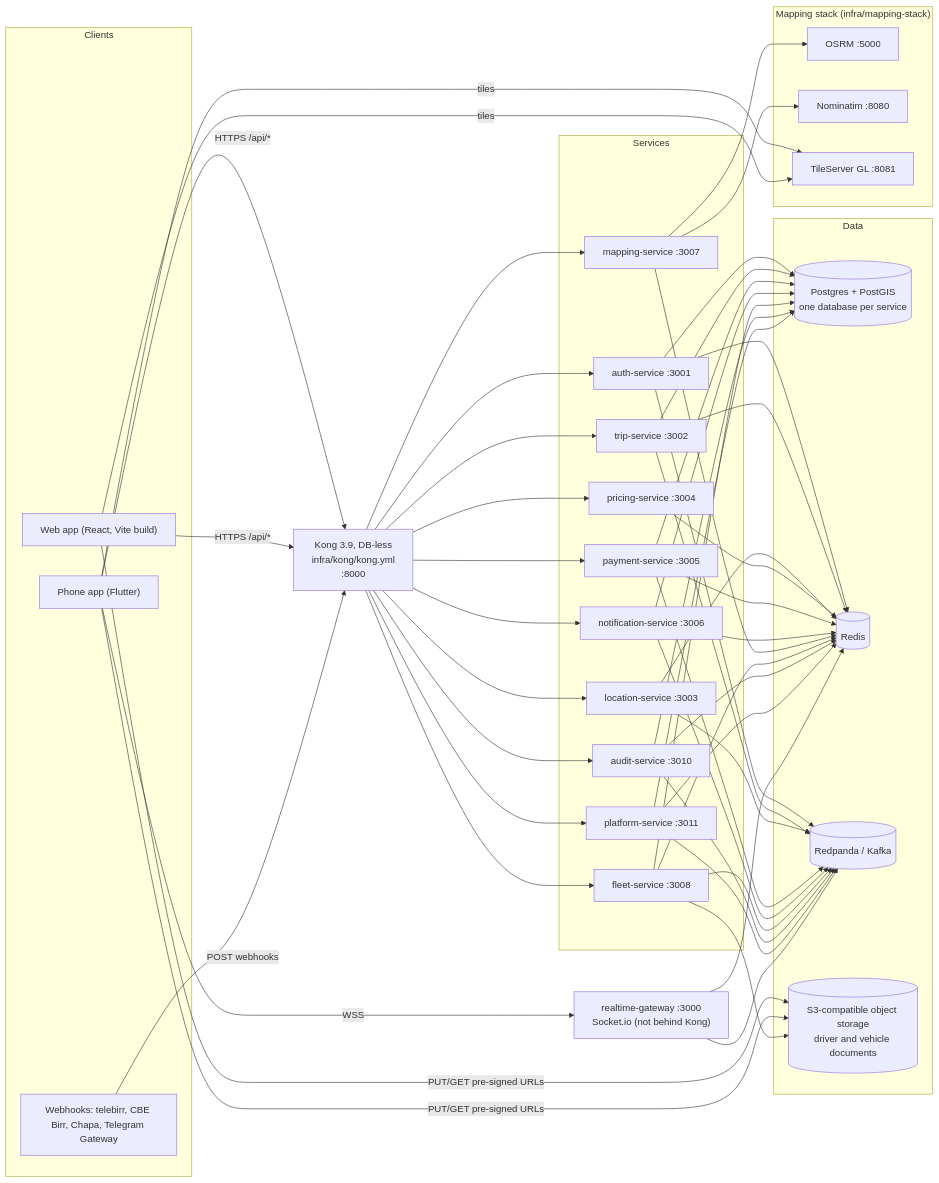
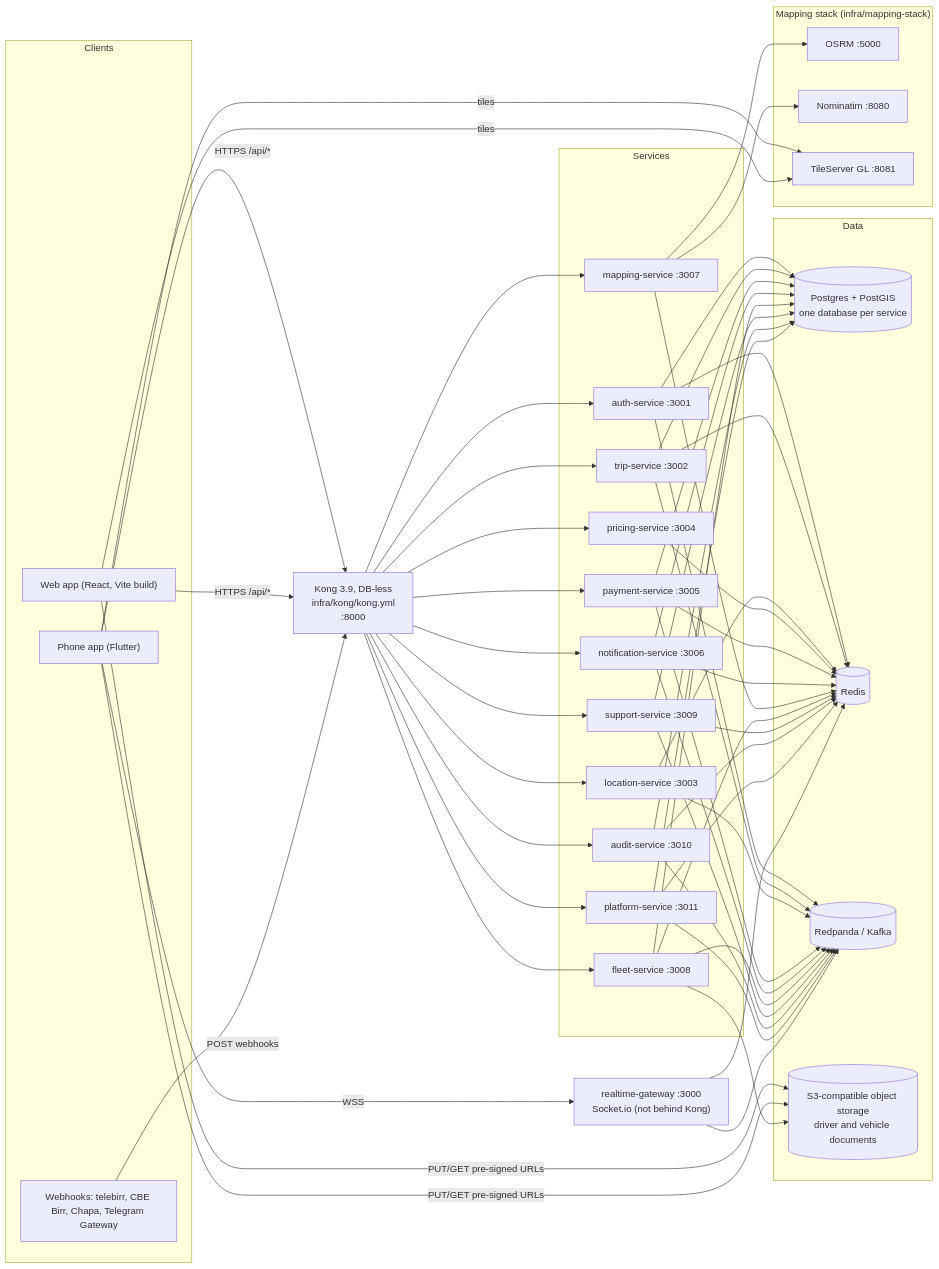
Before and after one commit to beab1212/Anbessa: the diagram in infra/docs/README.md, drawn with Mermaid. The commit also changed other lines of this file and 14 other files, not shown here.

Commit message:
Infra: run pricing-service with its own database, Redis and Kafka in docker-compose and Kubernetes, give Redpanda an in-network listener, route the support service through Kong, and update the infra docs and Makefile.

````diff
--- a/infra/docs/README.md
+++ b/infra/docs/README.md
@@ -35,54 +35,55 @@
 ```mermaid
 flowchart LR
   subgraph Clients
     Phone["Phone app (Flutter)"]
     Web["Web app (React, Vite build)"]
     Providers["Webhooks: telebirr, CBE Birr, Chapa, Telegram Gateway"]
   end
 
   Kong["Kong 3.9, DB-less<br/>infra/kong/kong.yml<br/>:8000"]
   RT["realtime-gateway :3000<br/>Socket.io (not behind Kong)"]
 
   subgraph Services
     Auth["auth-service :3001"]
     Trip["trip-service :3002"]
     Loc["location-service :3003"]
     Pricing["pricing-service :3004"]
     Pay["payment-service :3005"]
     Notif["notification-service :3006"]
     Map["mapping-service :3007"]
     Fleet["fleet-service :3008"]
+    Support["support-service :3009"]
     Audit["audit-service :3010"]
     Platform["platform-service :3011"]
   end
 
   subgraph Data
     PG[("Postgres + PostGIS<br/>one database per service")]
     Redis[("Redis")]
     Kafka[("Redpanda / Kafka")]
     S3[("S3-compatible object storage<br/>driver and vehicle documents")]
   end
 
   subgraph Mapping["Mapping stack (infra/mapping-stack)"]
     OSRM["OSRM :5000"]
     Nom["Nominatim :8080"]
     Tiles["TileServer GL :8081"]
   end
 
   Phone -->|"HTTPS /api/*"| Kong
   Web -->|"HTTPS /api/*"| Kong
   Providers -->|"POST webhooks"| Kong
   Phone -->|WSS| RT
   Phone -->|tiles| Tiles
   Web -->|tiles| Tiles
   Web -->|"PUT/GET pre-signed URLs"| S3
   Phone -->|"PUT/GET pre-signed URLs"| S3
 
-  Kong --> Auth & Trip & Loc & Pricing & Pay & Notif & Map & Fleet & Audit & Platform
+  Kong --> Auth & Trip & Loc & Pricing & Pay & Notif & Map & Fleet & Support & Audit & Platform
 
-  Auth & Trip & Pay & Notif & Fleet & Audit & Platform --> PG
-  Auth & Trip & Loc & Pricing & Pay & Notif & Map & Fleet & Audit & Platform & RT --> Redis
-  Auth & Trip & Loc & Pay & Notif & Fleet & Audit & Platform & RT --> Kafka
+  Auth & Trip & Pay & Notif & Fleet & Support & Audit & Platform --> PG
+  Auth & Trip & Loc & Pricing & Pay & Notif & Map & Fleet & Support & Audit & Platform & RT --> Redis
+  Auth & Trip & Loc & Pay & Notif & Fleet & Support & Audit & Platform & RT --> Kafka
   Fleet --> S3
   Map --> OSRM & Nom
 ```
````
